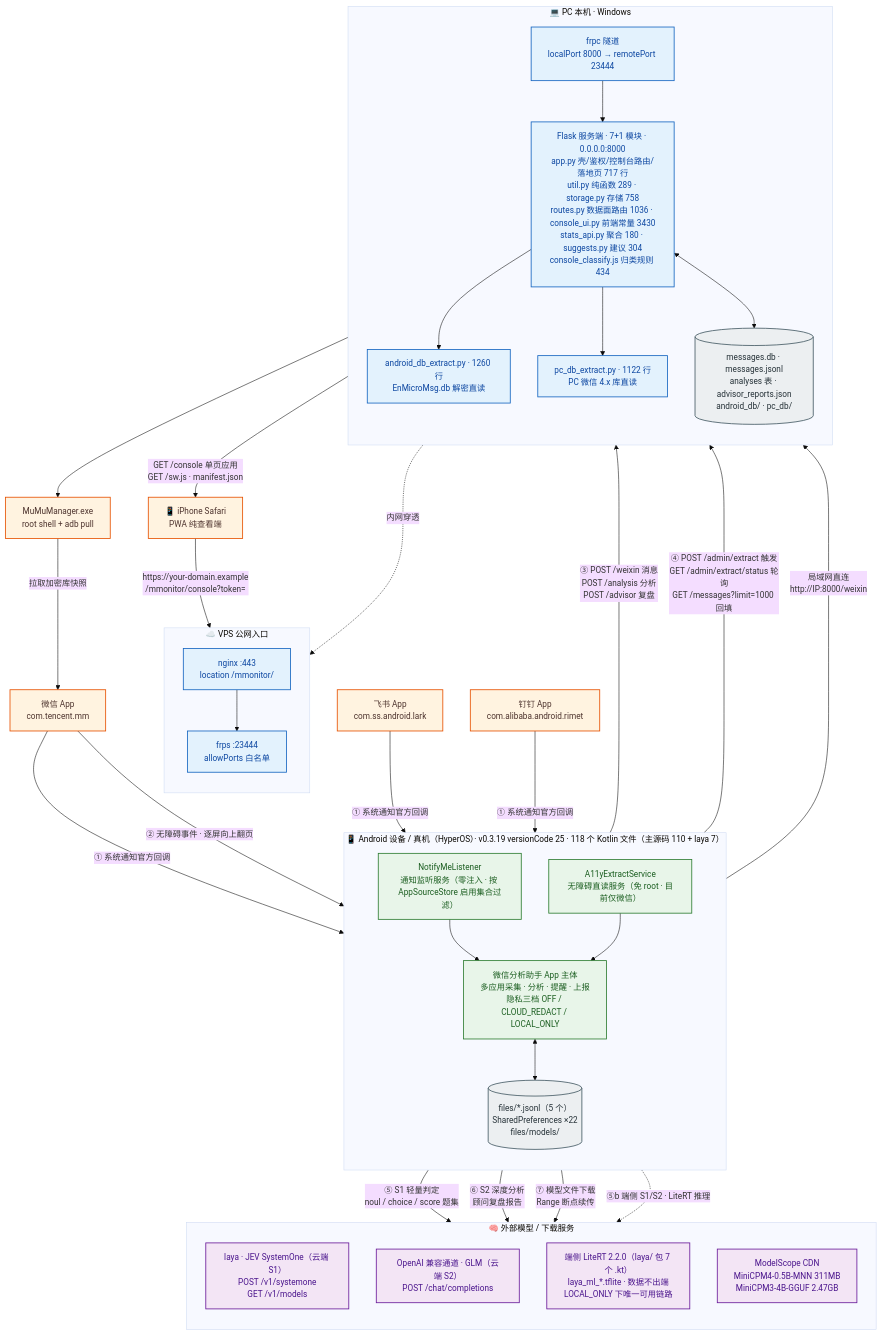
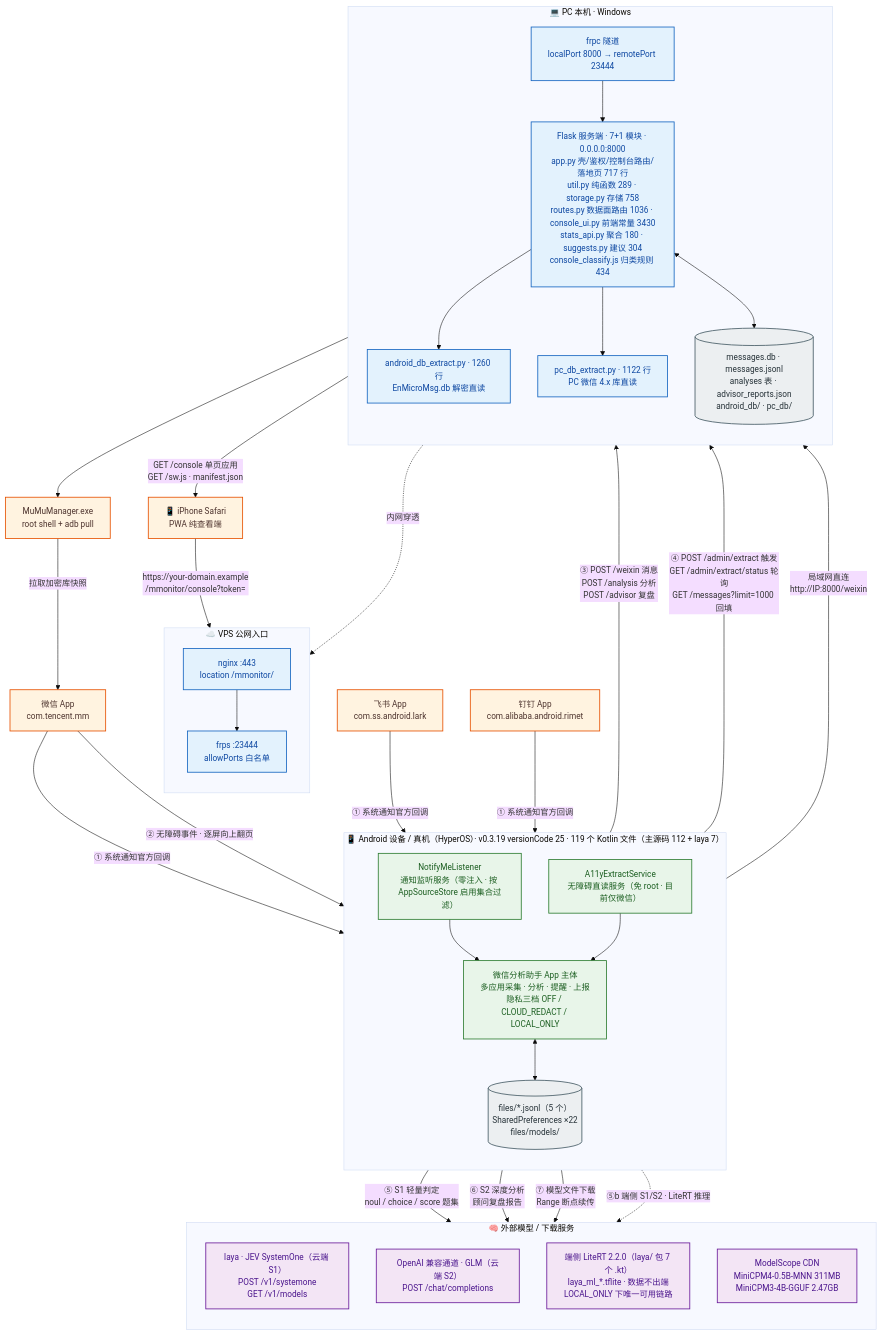
One commit to solidjoker/notifyme changed the diagram in docs/architecture/diagrams/01-system-context.mmd. Above: the diagram before and after it, drawn with Mermaid. The commit also changed 18 other files, not shown here.

```diff
--- a/docs/architecture/diagrams/01-system-context.mmd
+++ b/docs/architecture/diagrams/01-system-context.mmd
@@ -1,70 +1,70 @@
 %%{init: {'theme':'base','themeVariables':{'fontSize':'15px','fontFamily':'Microsoft YaHei, PingFang SC, sans-serif'},'flowchart':{'htmlLabels':true,'curve':'basis'}}}%%
 flowchart TB
     classDef ext  fill:#fff3e0,stroke:#e65100,stroke-width:1.5px,color:#4e342e
     classDef app  fill:#e8f5e9,stroke:#2e7d32,stroke-width:1.5px,color:#1b5e20
     classDef srv  fill:#e3f2fd,stroke:#1565c0,stroke-width:1.5px,color:#0d47a1
     classDef llm  fill:#f3e5f5,stroke:#6a1b9a,stroke-width:1.5px,color:#4a148c
     classDef store fill:#eceff1,stroke:#455a64,stroke-width:1.5px,color:#263238
 
     WX["微信 App<br/>com.tencent.mm"]:::ext
     FS["飞书 App<br/>com.ss.android.lark"]:::ext
     DT["钉钉 App<br/>com.alibaba.android.rimet"]:::ext
 
-    subgraph DEV["📱 Android 设备 / 真机（HyperOS）· v0.3.19 versionCode 25 · 118 个 Kotlin 文件（主源码 110 + laya 7）"]
+    subgraph DEV["📱 Android 设备 / 真机（HyperOS）· v0.3.19 versionCode 25 · 119 个 Kotlin 文件（主源码 112 + laya 7）"]
         direction TB
         NL["NotifyMeListener<br/>通知监听服务（零注入 · 按 AppSourceStore 启用集合过滤）"]:::app
         A11Y["A11yExtractService<br/>无障碍直读服务（免 root · 目前仅微信）"]:::app
         CORE["微信分析助手 App 主体<br/>多应用采集 · 分析 · 提醒 · 上报<br/>隐私三档 OFF / CLOUD_REDACT / LOCAL_ONLY"]:::app
         STORE[("files/*.jsonl（5 个）<br/>SharedPreferences ×22<br/>files/models/")]:::store
         NL --> CORE
         A11Y --> CORE
         CORE <--> STORE
     end
 
     subgraph HOST["💻 PC 本机 · Windows"]
         direction TB
         FLASK["Flask 服务端 · 7+1 模块 · 0.0.0.0:8000<br/>app.py 壳/鉴权/控制台路由/落地页 717 行<br/>util.py 纯函数 289 · storage.py 存储 758<br/>routes.py 数据面路由 1036 · console_ui.py 前端常量 3430<br/>stats_api.py 聚合 180 · suggests.py 建议 304<br/>console_classify.js 归类规则 434"]:::srv
         ADBEX["android_db_extract.py · 1260 行<br/>EnMicroMsg.db 解密直读"]:::srv
         PCEX["pc_db_extract.py · 1122 行<br/>PC 微信 4.x 库直读"]:::srv
         DB[("messages.db · messages.jsonl<br/>analyses 表 · advisor_reports.json<br/>android_db/ · pc_db/")]:::store
         FRPC["frpc 隧道<br/>localPort 8000 → remotePort 23444"]:::srv
         FLASK --> ADBEX
         FLASK --> PCEX
         FLASK <--> DB
         FRPC --> FLASK
     end
 
     subgraph VPS["☁️ VPS 公网入口"]
         direction TB
         NGINX["nginx :443<br/>location /mmonitor/"]:::srv
         FRPS["frps :23444<br/>allowPorts 白名单"]:::srv
         NGINX --> FRPS
     end
 
     subgraph AI["🧠 外部模型 / 下载服务"]
         direction TB
         LAYA["laya · JEV SystemOne（云端 S1）<br/>POST /v1/systemone<br/>GET /v1/models"]:::llm
         GLM["OpenAI 兼容通道 · GLM（云端 S2）<br/>POST /chat/completions"]:::llm
         LITE["端侧 LiteRT 2.2.0（laya/ 包 7 个 .kt）<br/>laya_ml_*.tflite · 数据不出端<br/>LOCAL_ONLY 下唯一可用链路"]:::llm
         MS["ModelScope CDN<br/>MiniCPM4-0.5B-MNN 311MB<br/>MiniCPM3-4B-GGUF 2.47GB"]:::llm
     end
 
     MUMU["MuMuManager.exe<br/>root shell + adb pull"]:::ext
     IPHONE["📱 iPhone Safari<br/>PWA 纯查看端"]:::ext
 
     WX -->|"① 系统通知官方回调"| NL
     FS -->|"① 系统通知官方回调"| NL
     DT -->|"① 系统通知官方回调"| NL
     WX -->|"② 无障碍事件 · 逐屏向上翻页"| A11Y
     CORE -->|"③ POST /weixin 消息<br/>POST /analysis 分析<br/>POST /advisor 复盘"| FLASK
     CORE -->|"④ POST /admin/extract 触发<br/>GET /admin/extract/status 轮询<br/>GET /messages?limit=1000 回填"| FLASK
     CORE -->|"⑤ S1 轻量判定<br/>noul / choice / score 题集"| LAYA
     CORE -->|"⑥ S2 深度分析<br/>顾问复盘报告"| GLM
     CORE -->|"⑦ 模型文件下载<br/>Range 断点续传"| MS
     CORE -.->|"⑤b 端侧 S1/S2 · LiteRT 推理"| LITE
     ADBEX --> MUMU
     MUMU -->|"拉取加密库快照"| WX
     CORE -->|"局域网直连<br/>http://IP:8000/weixin"| FLASK
     FRPC -.->|"内网穿透"| FRPS
     IPHONE -->|"https://your-domain.example<br/>/mmonitor/console?token="| NGINX
     FLASK -->|"GET /console 单页应用<br/>GET /sw.js · manifest.json"| IPHONE
```
